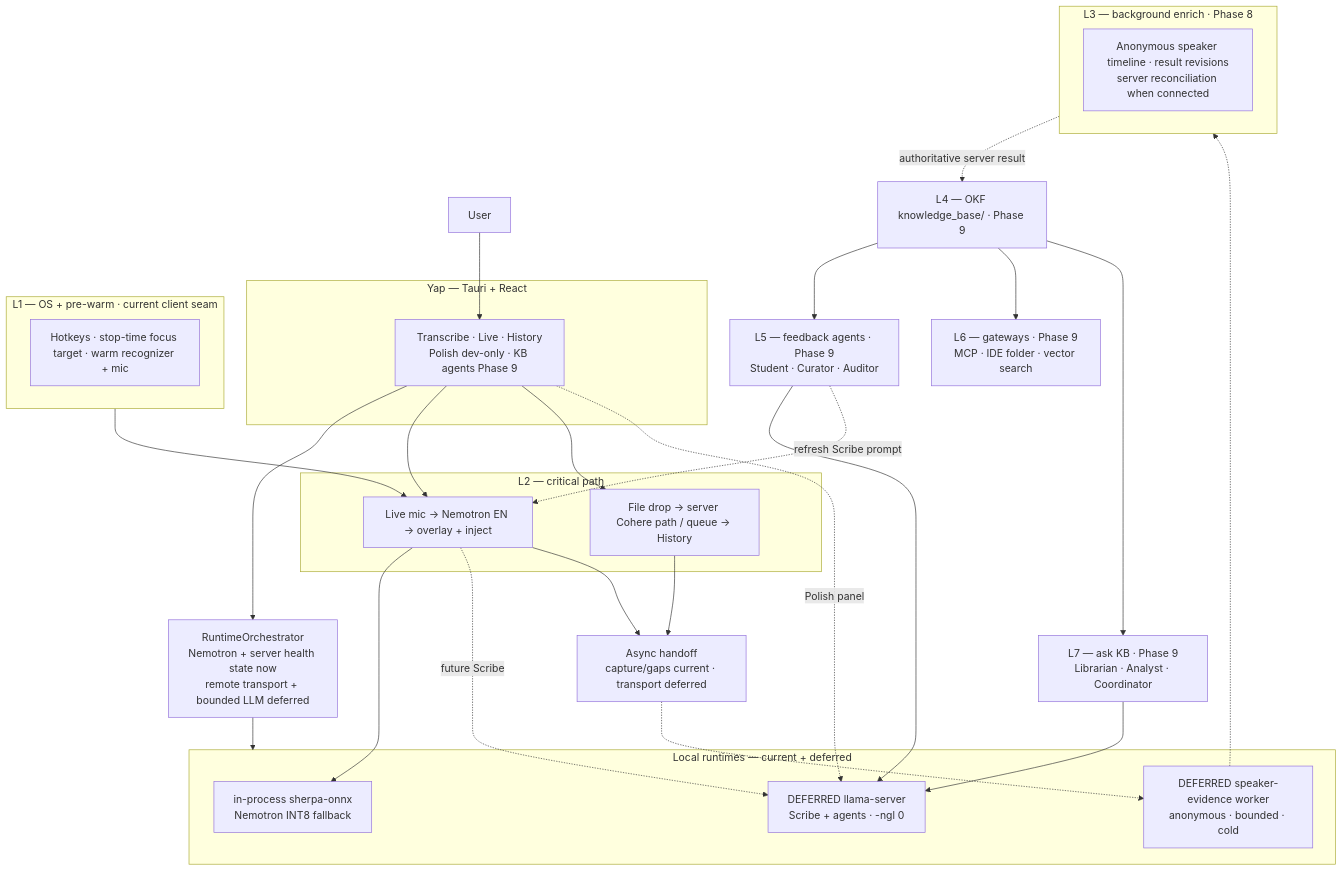
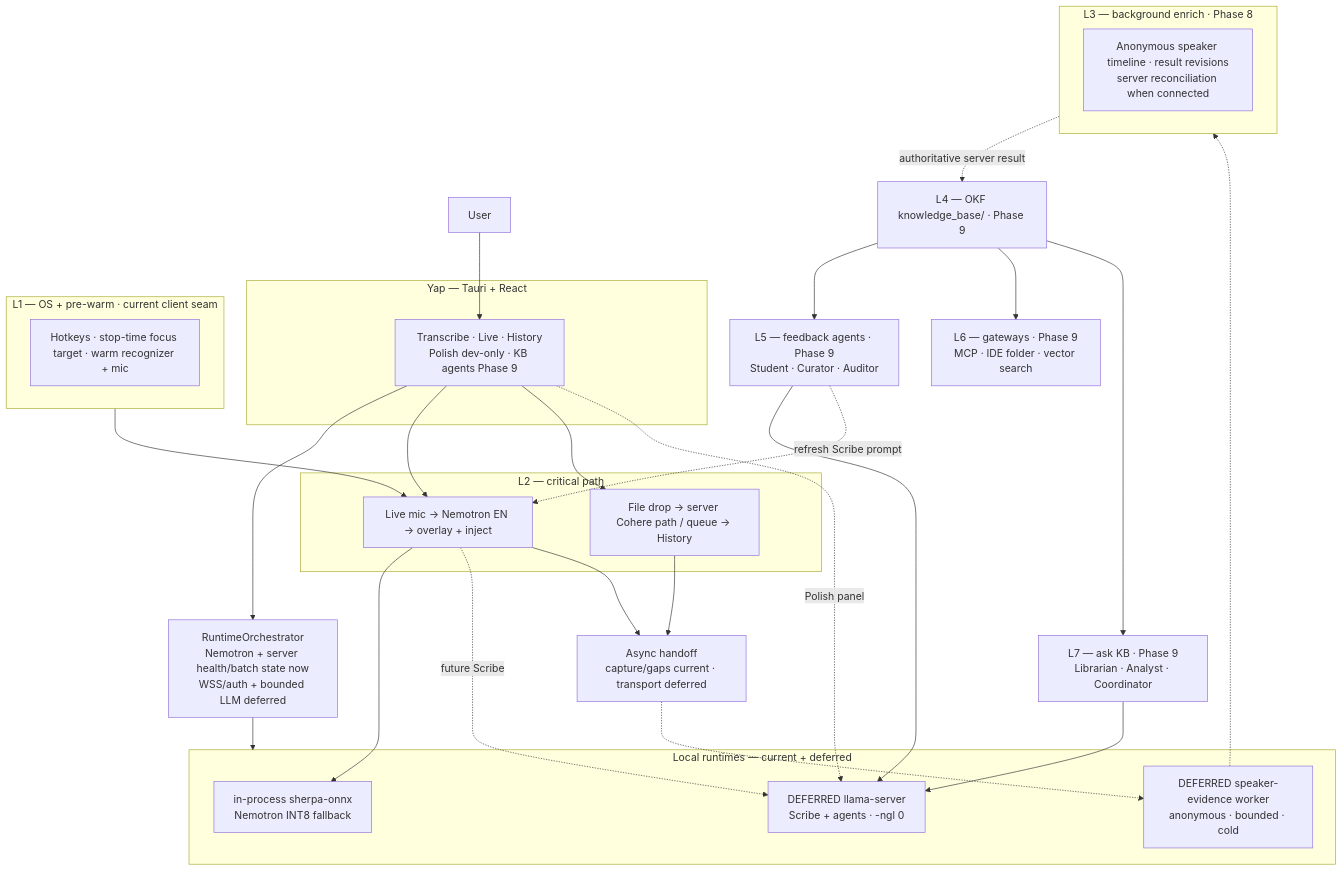
One commit to mcnatg1/yap changed the first of 4 diagrams in docs/VOICE-OS-ARCHITECTURE.md. Above: the diagram before and after it, drawn with Mermaid. The commit also changed other lines of this file and 65 other files, not shown here.

````diff
--- a/docs/VOICE-OS-ARCHITECTURE.md
+++ b/docs/VOICE-OS-ARCHITECTURE.md
@@ -112,54 +112,54 @@
 ```mermaid
 flowchart TB
     User["User"]
 
     subgraph Yap["Yap — Tauri + React"]
         UI["Transcribe · Live · History<br/>Polish dev-only · KB agents Phase 9"]
     end
 
-    Orch["RuntimeOrchestrator<br/>Nemotron + server health state now<br/>remote transport + bounded LLM deferred"]
+    Orch["RuntimeOrchestrator<br/>Nemotron + server health/batch state now<br/>WSS/auth + bounded LLM deferred"]
 
     subgraph Sidecars["Local runtimes — current + deferred"]
         CR["in-process sherpa-onnx<br/>Nemotron INT8 fallback"]
         LL["DEFERRED llama-server<br/>Scribe + agents · -ngl 0"]
         KW["DEFERRED speaker-evidence worker<br/>anonymous · bounded · cold"]
     end
 
     subgraph L1["L1 — OS + pre-warm · current client seam"]
         L1n["Hotkeys · stop-time focus target · warm recognizer + mic"]
     end
 
     subgraph L2["L2 — critical path"]
         Live["Live mic → Nemotron EN → overlay + inject"]
         Batch["File drop → server Cohere path / queue → History"]
     end
 
     Handoff["Async handoff<br/>capture/gaps current · transport deferred"]
 
     subgraph L3["L3 — background enrich · Phase 8"]
         L3n["Anonymous speaker timeline · result revisions<br/>server reconciliation when connected"]
     end
 
     L4["L4 — OKF knowledge_base/ · Phase 9"]
     L5["L5 — feedback agents · Phase 9<br/>Student · Curator · Auditor"]
     L6["L6 — gateways · Phase 9<br/>MCP · IDE folder · vector search"]
     L7["L7 — ask KB · Phase 9<br/>Librarian · Analyst · Coordinator"]
 
     User --> UI --> Orch
     Orch --> Sidecars
     L1 --> Live
     UI --> Live
     UI --> Batch
     Live --> CR
     Live -.->|future Scribe| LL
     UI -.->|Polish panel| LL
     Live --> Handoff
     Batch --> Handoff
     Handoff -.-> KW
     KW -.-> L3
     L3 -.->|authoritative server result| L4
     L4 --> L5 & L6 & L7
     L5 --> LL
     L7 --> LL
     L5 -.->|refresh Scribe prompt| Live
 ```
````
